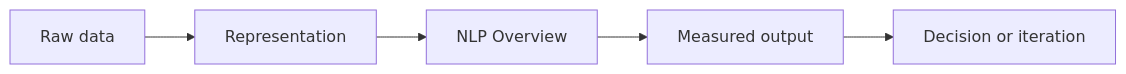
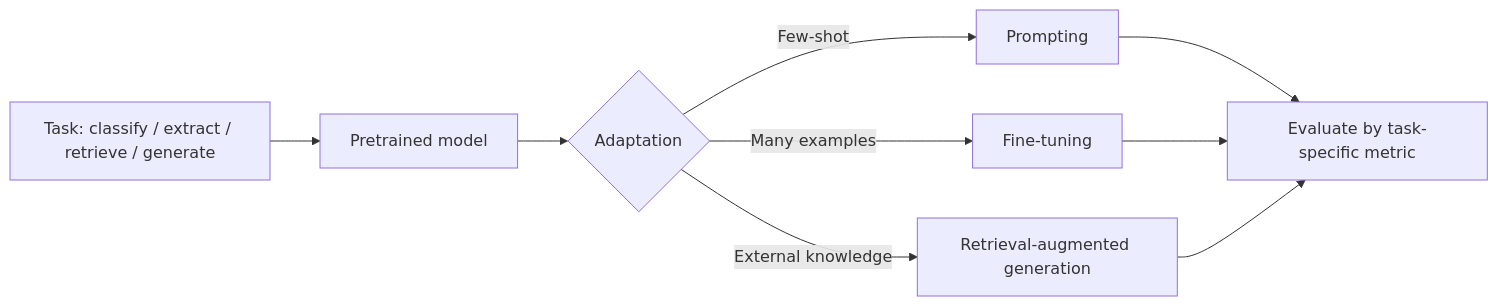
The diagram in nlp/01-nlp-overview.md (Icon1cc/Machine-Learning), drawn with Mermaid before and after one commit. The commit also changed other lines of this file and 264 other files, not shown here.

````diff
--- a/nlp/01-nlp-overview.md
+++ b/nlp/01-nlp-overview.md
@@ -92,7 +210,11 @@
 ```mermaid
 flowchart LR
-    A[Raw data] --> B[Representation]
-    B --> C[NLP Overview]
-    C --> D[Measured output]
-    D --> E[Decision or iteration]
+    T[Task: classify / extract / retrieve / generate] --> P[Pretrained model]
+    P --> A{Adaptation}
+    A -- Few-shot --> Pr[Prompting]
+    A -- Many examples --> Ft[Fine-tuning]
+    A -- External knowledge --> RAG[Retrieval-augmented generation]
+    Pr --> E[Evaluate by task-specific metric]
+    Ft --> E
+    RAG --> E
 ```
````
